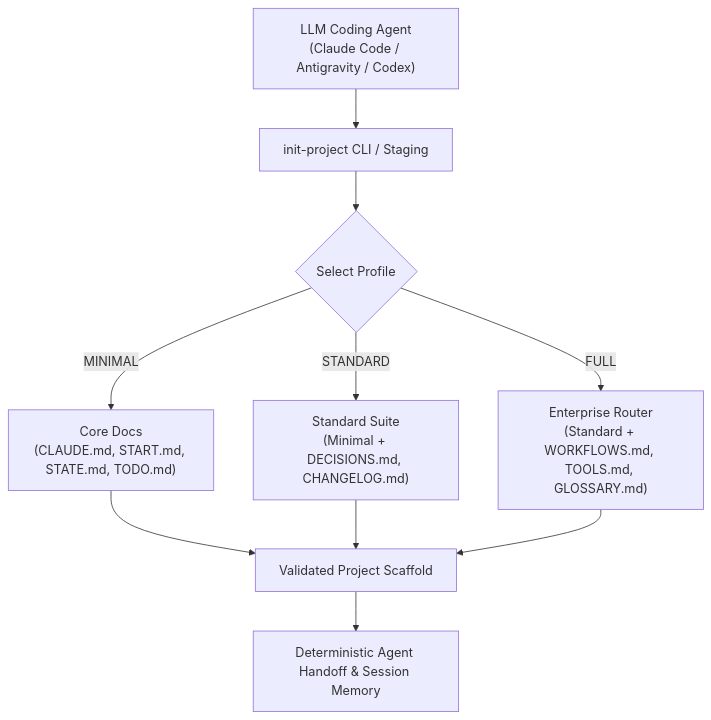
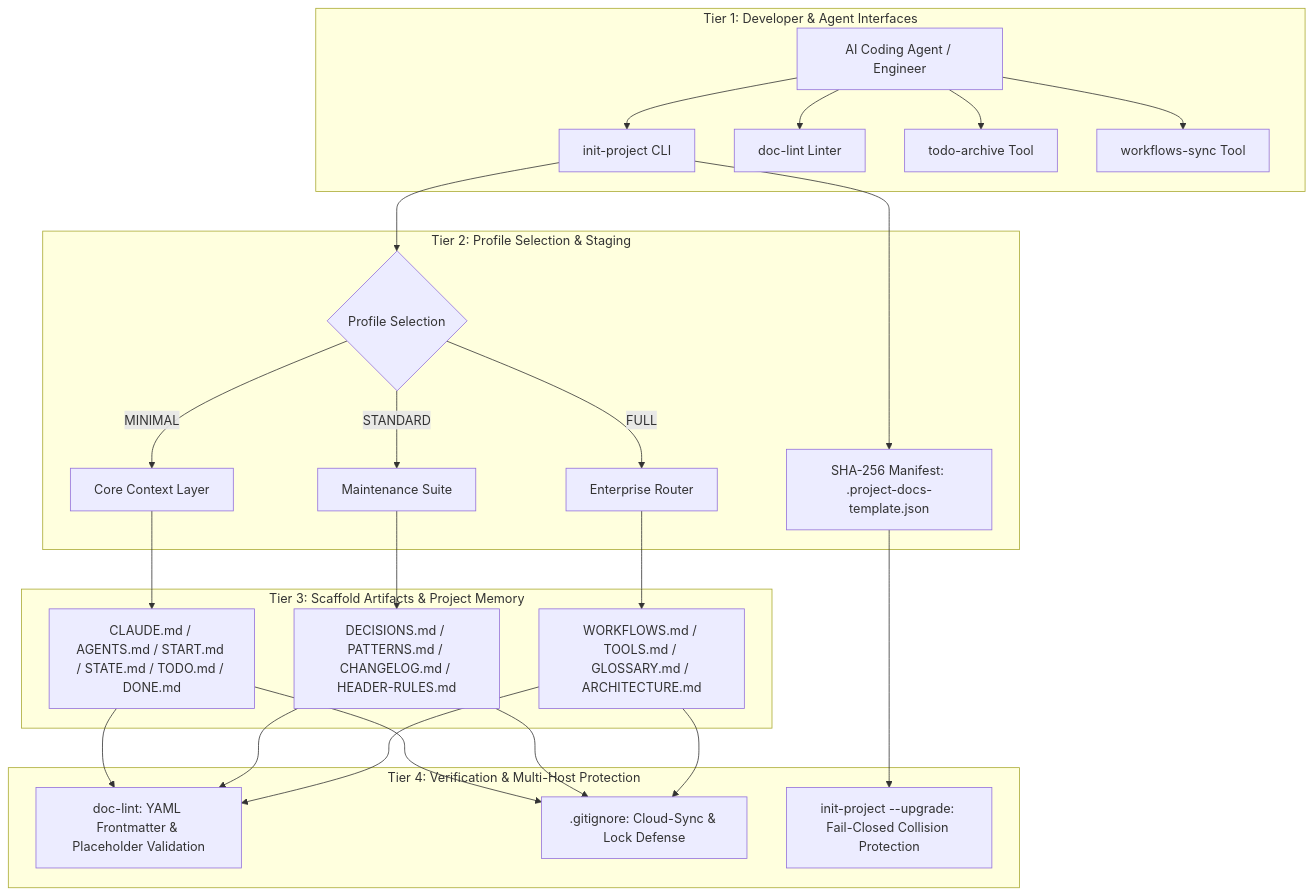
The first of 2 diagrams in README.md (ellmos-ai/project-docs-template), drawn with Mermaid before and after one commit. The commit also changed other lines of this file and 8 other files, not shown here.

Commit message:
docs(marketing): 18-point bilingual navigation, visual architecture, Level 1 SBOM, and Pfad B discoverability overhaul [G 2026-09-20]

````diff
--- a/README.md
+++ b/README.md
@@ -58,12 +77,29 @@
 ```mermaid
-graph TD
-    A["LLM Coding Agent<br>(Claude Code / Antigravity / Codex)"] --> B["init-project CLI / Staging"]
-    B --> C{"Select Profile"}
-    C -->|MINIMAL| D["Core Docs<br>(CLAUDE.md, START.md, STATE.md, TODO.md)"]
-    C -->|STANDARD| E["Standard Suite<br>(Minimal + DECISIONS.md, CHANGELOG.md)"]
-    C -->|FULL| F["Enterprise Router<br>(Standard + WORKFLOWS.md, TOOLS.md, GLOSSARY.md)"]
-    D --> G["Validated Project Scaffold"]
-    E --> G
-    F --> G
-    G --> H["Deterministic Agent Handoff & Session Memory"]
+flowchart TD
+    subgraph T1["Tier 1: Developer & Agent Interfaces"]
+        A["AI Coding Agent / Engineer"] --> B["init-project CLI"]
+        A --> C["doc-lint Linter"]
+        A --> D["todo-archive Tool"]
+        A --> E["workflows-sync Tool"]
+    end
+
+    subgraph T2["Tier 2: Profile Selection & Staging"]
+        B --> F{"Profile Selection"}
+        F -->|MINIMAL| G["Core Context Layer"]
+        F -->|STANDARD| H["Maintenance Suite"]
+        F -->|FULL| I["Enterprise Router"]
+        B --> J["SHA-256 Manifest: .project-docs-template.json"]
+    end
+
+    subgraph T3["Tier 3: Scaffold Artifacts & Project Memory"]
+        G --> K["CLAUDE.md / AGENTS.md / START.md / STATE.md / TODO.md / DONE.md"]
+        H --> L["DECISIONS.md / PATTERNS.md / CHANGELOG.md / HEADER-RULES.md"]
+        I --> M["WORKFLOWS.md / TOOLS.md / GLOSSARY.md / ARCHITECTURE.md"]
+    end
+
+    subgraph T4["Tier 4: Verification & Multi-Host Protection"]
+        K & L & M --> N["doc-lint: YAML Frontmatter & Placeholder Validation"]
+        K & L & M --> O[".gitignore: Cloud-Sync & Lock Defense"]
+        J --> P["init-project --upgrade: Fail-Closed Collision Protection"]
+    end
 ```
````
